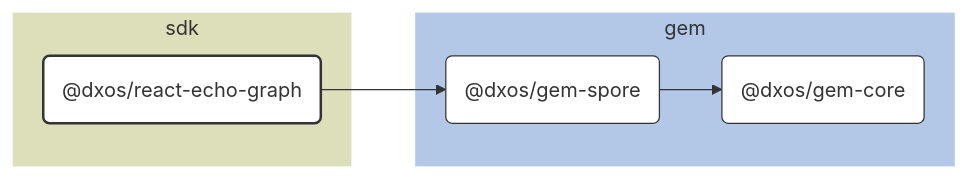
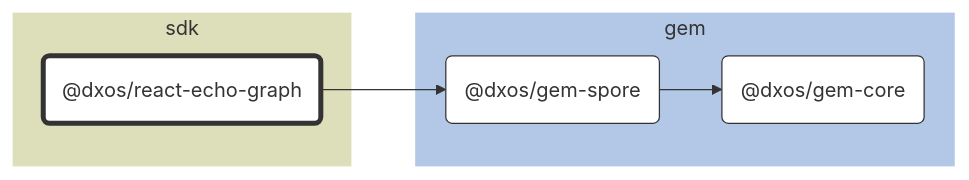
The diagram in packages/sdk/react-echo-graph/docs/README.md (dxos/dxos), drawn with Mermaid before and after one commit. The commit also changed 683 other files, not shown here.

````diff
--- a/packages/sdk/react-echo-graph/docs/README.md
+++ b/packages/sdk/react-echo-graph/docs/README.md
@@ -7,38 +7,30 @@
 ```mermaid
 %%{ init: {'flowchart':{'curve':'basis'}} }%%
 
 flowchart LR
 
-%% Links
-dxos/gem-spore --> dxos/gem-core;
-dxos/react-echo-graph --> dxos/gem-spore;
+%% Classes
+classDef def fill:#fff,stroke:#333,stroke-width:1px
+classDef root fill:#fff,stroke:#333,stroke-width:4px
 
-%% Sections
-subgraph sdk
-  style sdk fill:#dddeba,stroke:#fff;
+%% Nodes
 
-  dxos/react-echo-graph("@dxos/react-echo-graph")
+subgraph sdk [sdk]
+  style sdk fill:#dddeba,stroke:#fff
+  dxos/react-echo-graph("@dxos/react-echo-graph"):::root
+  click dxos/react-echo-graph "dxos/dxos/tree/main/packages/sdk/react-echo-graph/docs"
 end
 
-subgraph gem
-  style gem fill:#b3c7e6,stroke:#fff;
-
-  dxos/gem-core("@dxos/gem-core")
-  dxos/gem-spore("@dxos/gem-spore")
+subgraph gem [gem]
+  style gem fill:#b3c7e6,stroke:#fff
+  dxos/gem-core("@dxos/gem-core"):::def
+  click dxos/gem-core "dxos/dxos/tree/main/packages/gem/gem-core/docs"
+  dxos/gem-spore("@dxos/gem-spore"):::def
+  click dxos/gem-spore "dxos/dxos/tree/main/packages/gem/gem-spore/docs"
 end
 
-
-%% Hyperlinks
-click dxos/gem-core "dxos/dxos/tree/main/packages/gem/gem-core/docs";
-click dxos/gem-spore "dxos/dxos/tree/main/packages/gem/gem-spore/docs";
-
-%% Styles
-classDef rootNode fill:#fff,stroke:#333,stroke-width:2px
-classDef defaultNode fill:#fff,stroke:#333,stroke-width:1px
+%% Links
 linkStyle default stroke:#333,stroke-width:1px
-
-dxos/react-echo-graph:::rootNode
-
-dxos/gem-core:::defaultNode
-dxos/gem-spore:::defaultNode
+dxos/react-echo-graph --> dxos/gem-spore
+dxos/gem-spore --> dxos/gem-core
 ```
````
